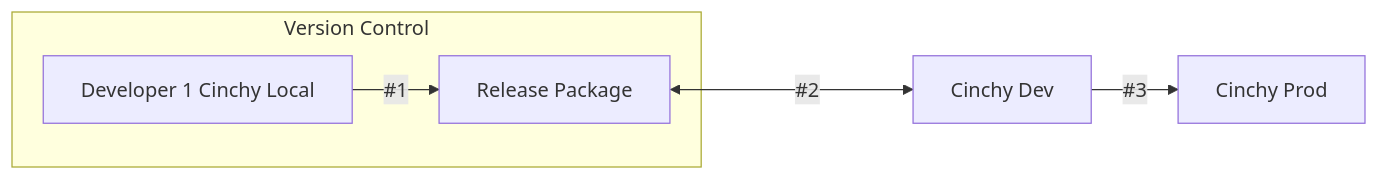
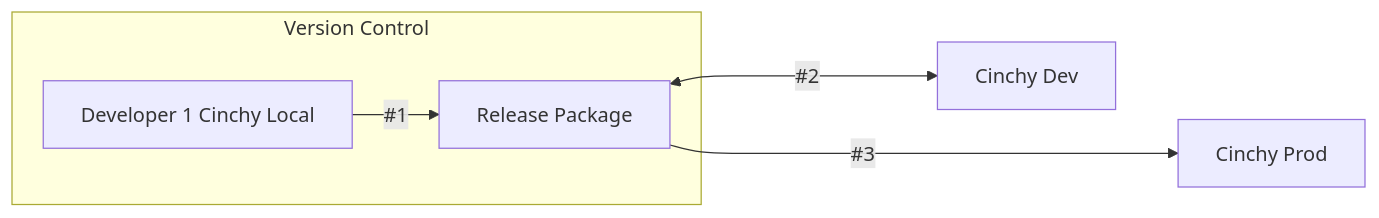
One commit to cinchy-co/Documentation changed the first of 2 diagrams in guides-for-using-cinchy/builder-guides/cinchydxd-utility/dxd-workflow.md. Above: the diagram before and after it, drawn with Mermaid. The commit also changed other lines of this file and 2 other files, not shown here.

````diff
--- a/guides-for-using-cinchy/builder-guides/cinchydxd-utility/dxd-workflow.md
+++ b/guides-for-using-cinchy/builder-guides/cinchydxd-utility/dxd-workflow.md
@@ -28,8 +26,8 @@
 ```mermaid
 flowchart LR
   subgraph Version Control 
   D1[Developer 1 Cinchy Local] --#1--> A[Release Package]
   end
   A <--#2----> B[Cinchy Dev]
-  B --#3--> C[Cinchy Prod]
+  A --#3-----> C[Cinchy Prod]
 ```
````
